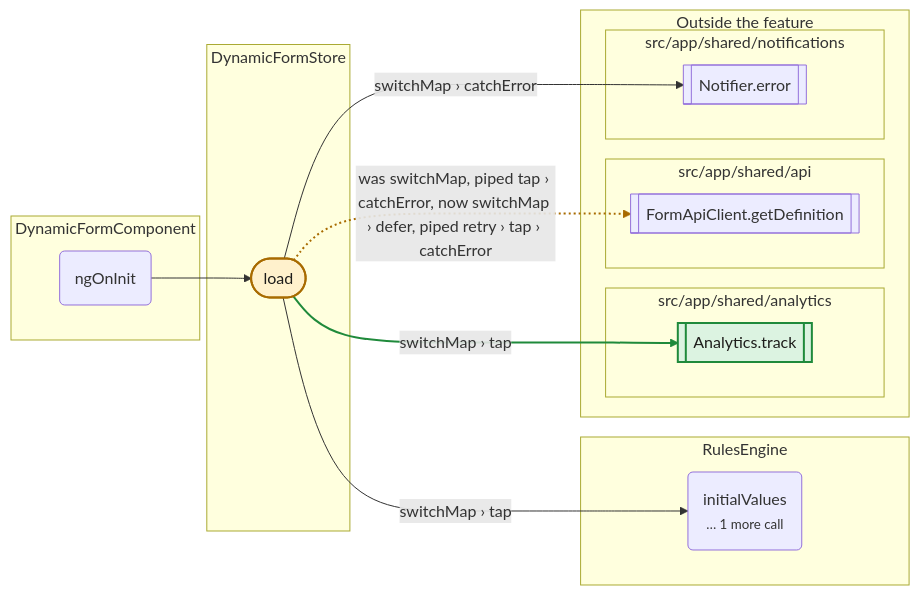
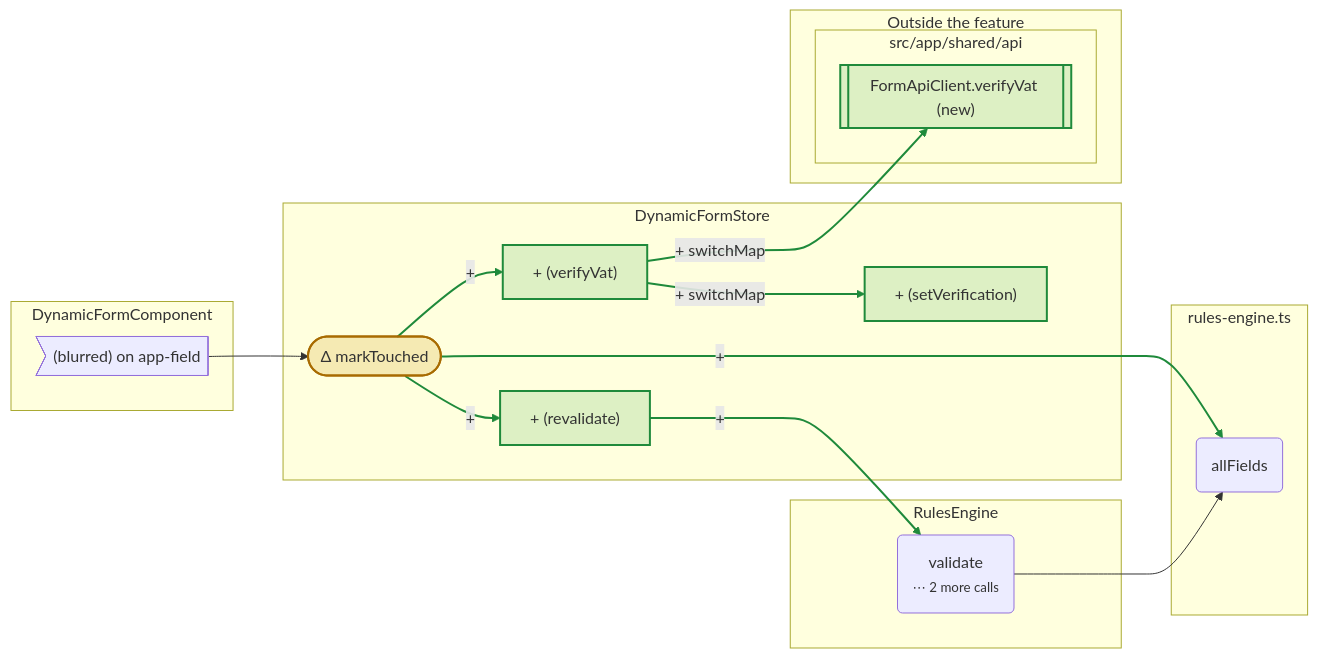
One commit to tstapleton/playground changed the first of 6 diagrams in examples/callgraph-diff/comment.md. Above: the diagram before and after it, drawn with Mermaid. The commit also changed other lines of this file and 3 other files, not shown here.

First line of the commit message:
Regenerate the call graph demo, and note that signal-trace became plotline

````diff
--- a/examples/callgraph-diff/comment.md
+++ b/examples/callgraph-diff/comment.md
@@ -28,34 +46,41 @@
 ```mermaid
 flowchart LR
   subgraph g0["DynamicFormStore"]
-    n1(["load"])
+    n1["+ (revalidate)"]
+    n2["+ (setVerification)"]
+    n3["+ (verifyVat)"]
+    n4(["Δ markTouched"])
   end
-  subgraph g1["DynamicFormComponent"]
-    n0("ngOnInit")
+  subgraph g1["RulesEngine"]
+    n5("validate<br/><small>⋯ 2 more calls</small>")
   end
-  subgraph g2["RulesEngine"]
-    n2("initialValues<br/><small>… 1 more call</small>")
+  subgraph g2["DynamicFormComponent"]
+    n0>"(blurred) on app-field"]
+  end
+  subgraph g3["rules-engine.ts"]
+    n6("allFields")
   end
   subgraph outside["Outside the feature"]
-    subgraph g3["src/app/shared/analytics"]
-      n3[["Analytics.track"]]
-    end
     subgraph g4["src/app/shared/api"]
-      n4[["FormApiClient.getDefinition"]]
-    end
-    subgraph g5["src/app/shared/notifications"]
-      n5[["Notifier.error"]]
+      n7[["FormApiClient.verifyVat (new)"]]
     end
   end
-  n0 --> n1
-  n1 -->|"switchMap › tap"| n2
-  n1 -->|"switchMap › tap"| n3
-  n1 -->|"was switchMap, piped tap › catchError, now switchMap › defer, piped retry › tap › catchError"| n4
-  n1 -->|"switchMap › catchError"| n5
-  classDef added fill:#dcf3e1,stroke:#1f8a3b,stroke-width:2px,color:#1d1c1a
-  class n3 added
-  classDef structural fill:#fff1cc,stroke:#a86b00,stroke-width:2px,color:#1d1c1a
-  class n1 structural
+  n0 --> n4
+  n1 -->|"+"| n5
+  n3 -->|"+ switchMap"| n2
+  n3 -->|"+ switchMap"| n7
+  n4 -->|"+"| n1
+  n4 -->|"+"| n3
+  n4 -->|"+"| n6
+  n5 --> n6
+  classDef added fill:#2ea04329,stroke:#1f8a3b,stroke-width:2px
+  class n1,n2,n3,n7 added
+  classDef changed fill:#d4a72c3d,stroke:#a86b00,stroke-width:2px
+  class n4 changed
+  linkStyle 1 stroke:#1f8a3b,stroke-width:2px
   linkStyle 2 stroke:#1f8a3b,stroke-width:2px
-  linkStyle 3 stroke:#a86b00,stroke-width:2px,stroke-dasharray:2 3
+  linkStyle 3 stroke:#1f8a3b,stroke-width:2px
+  linkStyle 4 stroke:#1f8a3b,stroke-width:2px
+  linkStyle 5 stroke:#1f8a3b,stroke-width:2px
+  linkStyle 6 stroke:#1f8a3b,stroke-width:2px
 ```
````
